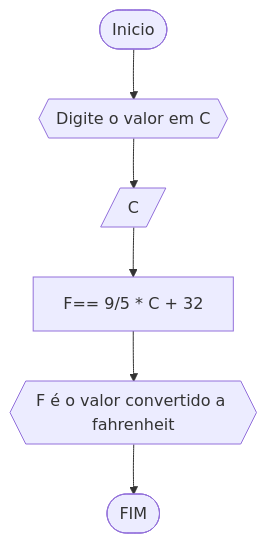
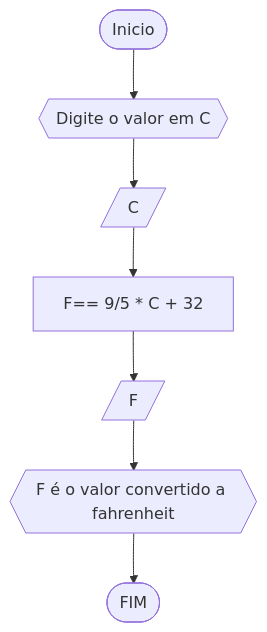
The second of 4 diagrams in RLB/lista2_exercicios.md (paaiva/UNIFOR2), drawn with Mermaid before and after one commit. The commit also changed other lines of this file, not shown here.

````diff
--- a/RLB/lista2_exercicios.md
+++ b/RLB/lista2_exercicios.md
@@ -36,8 +47,9 @@
 ``` mermaid 
 flowchart TD 
 A([Inicio])-->B{{Digite o valor em C}}
 B-->C[/C/] 
 C-->D[F== 9/5 * C + 32 ]
-D-->E{{F é o valor convertido a fahrenheit}}
+D-->G[/F/]
+G-->E{{F é o valor convertido a fahrenheit}}
 E-->F([FIM])
 ``` 
````
